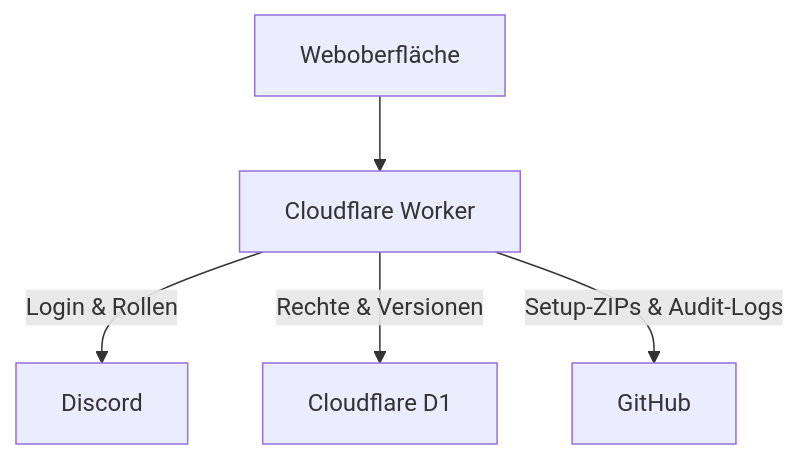
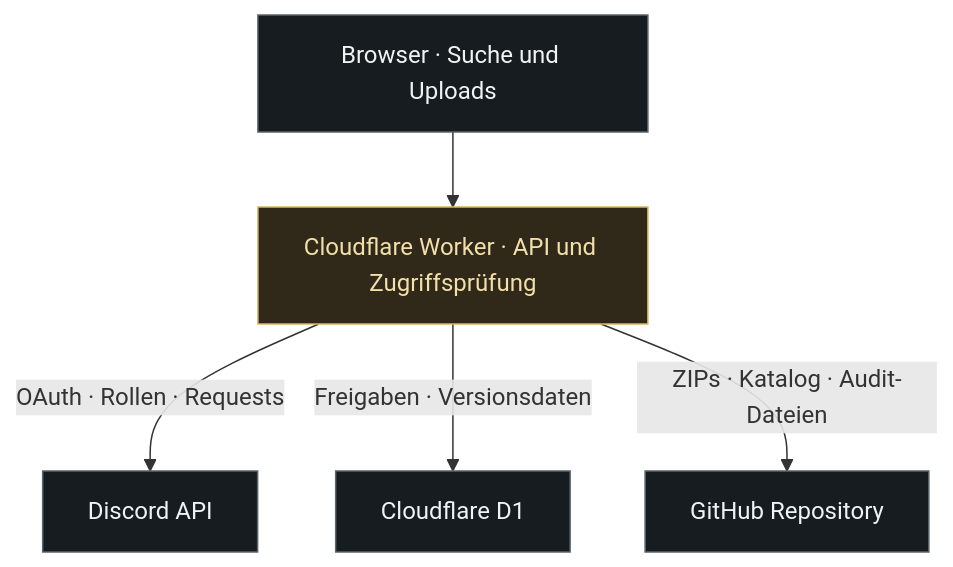
One commit to lukasracinglmu/Le-Mans-Ultimate-Setups changed the second of 2 diagrams in README.md. Above: the diagram before and after it, drawn with Mermaid. The commit also changed other lines of this file and 7 other files, not shown here.

````diff
--- a/README.md
+++ b/README.md
@@ -95,7 +210,11 @@
 ```mermaid
 flowchart TB
-    UI["Weboberfläche"] --> Worker["Cloudflare Worker"]
-    Worker -->|"Login & Rollen"| Discord["Discord"]
-    Worker -->|"Rechte & Versionen"| D1["Cloudflare D1"]
-    Worker -->|"Setup-ZIPs & Audit-Logs"| GitHub["GitHub"]
+    UI["Browser · Suche und Uploads"] --> Worker["Cloudflare Worker · API und Zugriffsprüfung"]
+    Worker -->|"OAuth · Rollen · Requests"| Discord["Discord API"]
+    Worker -->|"Freigaben · Versionsdaten"| D1["Cloudflare D1"]
+    Worker -->|"ZIPs · Katalog · Audit-Dateien"| GitHub["GitHub Repository"]
+    classDef neutral fill:#171c20,stroke:#59646c,color:#f0f3f4
+    classDef gold fill:#30291a,stroke:#d8b663,color:#f2dfa9
+    class UI,Discord,D1,GitHub neutral
+    class Worker gold
 ```
````
